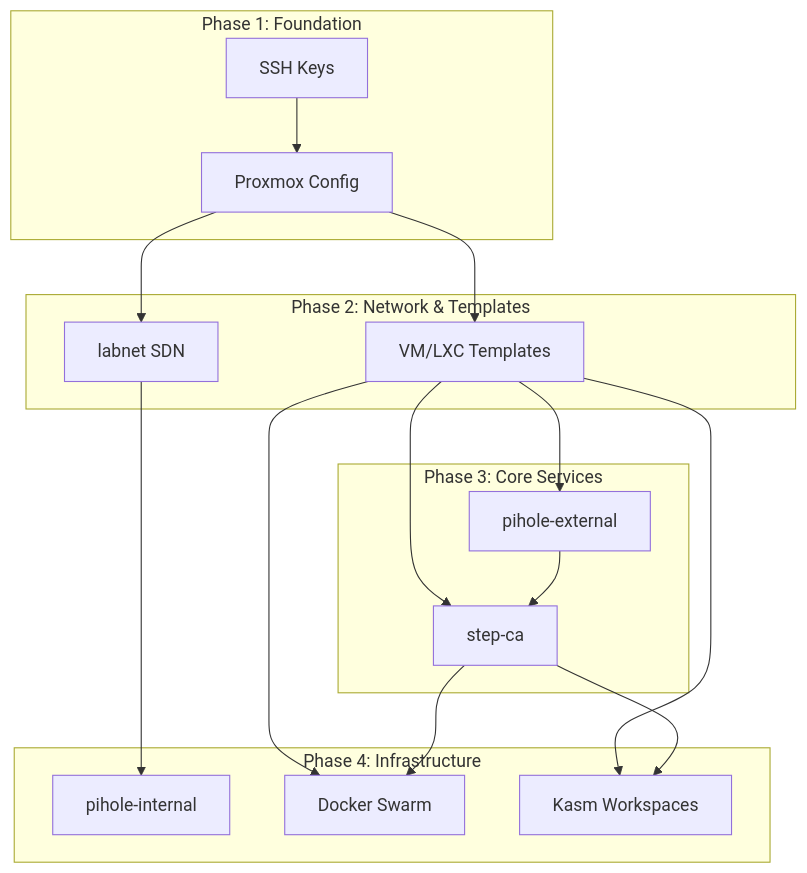
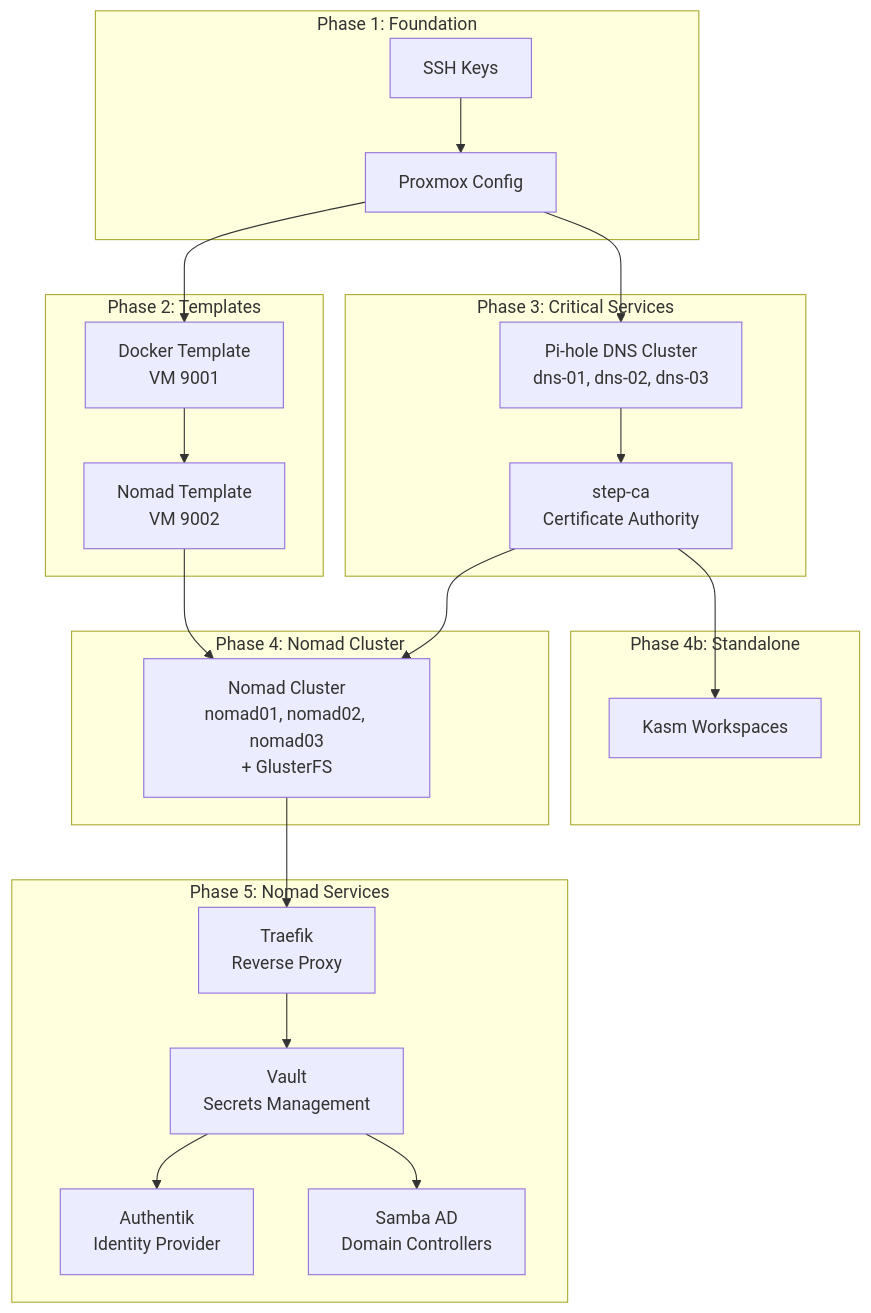
Before and after one commit to jknyght9/proxmox-lab: the first of 6 diagrams in docs/architecture/service-relationships.md, drawn with Mermaid. The commit also changed other lines of this file and 33 other files, not shown here.

First line of the commit message:
Rewrite documentation to reflect current Nomad-based architecture

````diff
--- a/docs/architecture/service-relationships.md
+++ b/docs/architecture/service-relationships.md
@@ -9,35 +9,45 @@
 ```mermaid
 graph TD
     subgraph phase1["Phase 1: Foundation"]
         SSH[SSH Keys]
         PVE[Proxmox Config]
     end
 
-    subgraph phase2["Phase 2: Network & Templates"]
-        SDN[labnet SDN]
-        TPL[VM/LXC Templates]
+    subgraph phase2["Phase 2: Templates"]
+        TPL_DOCKER[Docker Template<br/>VM 9001]
+        TPL_NOMAD[Nomad Template<br/>VM 9002]
     end
 
-    subgraph phase3["Phase 3: Core Services"]
-        PIHOLE_EXT[pihole-external]
-        STEPCA[step-ca]
+    subgraph phase3["Phase 3: Critical Services"]
+        DNS[Pi-hole DNS Cluster<br/>dns-01, dns-02, dns-03]
+        STEPCA[step-ca<br/>Certificate Authority]
     end
 
-    subgraph phase4["Phase 4: Infrastructure"]
-        PIHOLE_INT[pihole-internal]
-        DOCKER[Docker Swarm]
+    subgraph phase4["Phase 4: Nomad Cluster"]
+        NOMAD[Nomad Cluster<br/>nomad01, nomad02, nomad03<br/>+ GlusterFS]
+    end
+
+    subgraph phase5["Phase 5: Nomad Services"]
+        TRAEFIK[Traefik<br/>Reverse Proxy]
+        VAULT[Vault<br/>Secrets Management]
+        AUTHENTIK[Authentik<br/>Identity Provider]
+        SAMBADC[Samba AD<br/>Domain Controllers]
+    end
+
+    subgraph phase_other["Phase 4b: Standalone"]
         KASM[Kasm Workspaces]
     end
 
     SSH --> PVE
-    PVE --> SDN
-    PVE --> TPL
-    SDN --> PIHOLE_INT
-    TPL --> PIHOLE_EXT
-    TPL --> STEPCA
-    PIHOLE_EXT --> STEPCA
-    TPL --> DOCKER
-    TPL --> KASM
-    STEPCA --> DOCKER
+    PVE --> TPL_DOCKER
+    TPL_DOCKER --> TPL_NOMAD
+    PVE --> DNS
+    DNS --> STEPCA
+    TPL_NOMAD --> NOMAD
+    STEPCA --> NOMAD
     STEPCA --> KASM
+    NOMAD --> TRAEFIK
+    TRAEFIK --> VAULT
+    VAULT --> AUTHENTIK
+    VAULT --> SAMBADC
 ```
````
